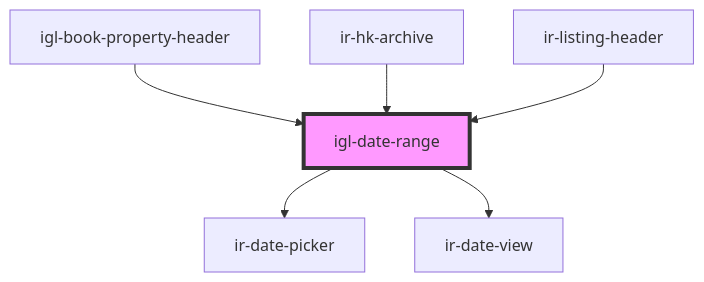
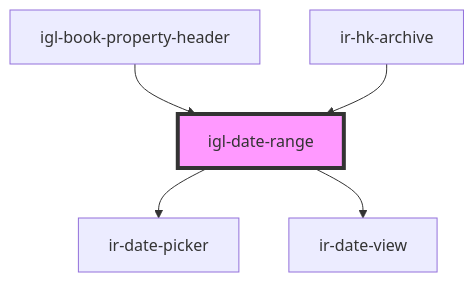
One commit to David1Chowaifaty/modified-ir-webcmp changed the diagram in src/components/igloo-calendar/igl-date-range/readme.md. Above: the diagram before and after it, drawn with Mermaid. The commit also changed other lines of this file and 18 other files, not shown here.

````diff
--- a/src/components/igloo-calendar/igl-date-range/readme.md
+++ b/src/components/igloo-calendar/igl-date-range/readme.md
@@ -42,9 +41,8 @@
 ```mermaid
 graph TD;
   igl-date-range --> ir-date-picker
   igl-date-range --> ir-date-view
   igl-book-property-header --> igl-date-range
   ir-hk-archive --> igl-date-range
-  ir-listing-header --> igl-date-range
   style igl-date-range fill:#f9f,stroke:#333,stroke-width:4px
 ```
````
